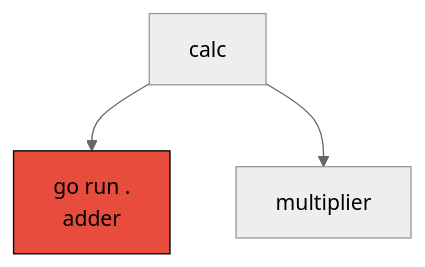
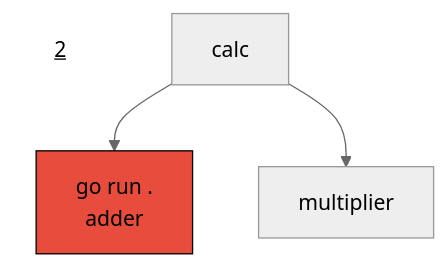
Before and after one commit to mwhittaker/calculator: the second of 6 diagrams in README.md, drawn with Mermaid (neutral theme). The commit also changed other lines of this file and 8 other files, not shown here.

````diff
--- a/README.md
+++ b/README.md
@@ -9,6 +11,8 @@
 ```mermaid
 flowchart TD
+    title[<u>2</u>]
+    style title fill:#FFF,stroke:#FFF
     calc --> adder[go run .\nadder]
     calc --> multiplier
     style adder fill:#e74c3c,stroke:black
 ```
````
